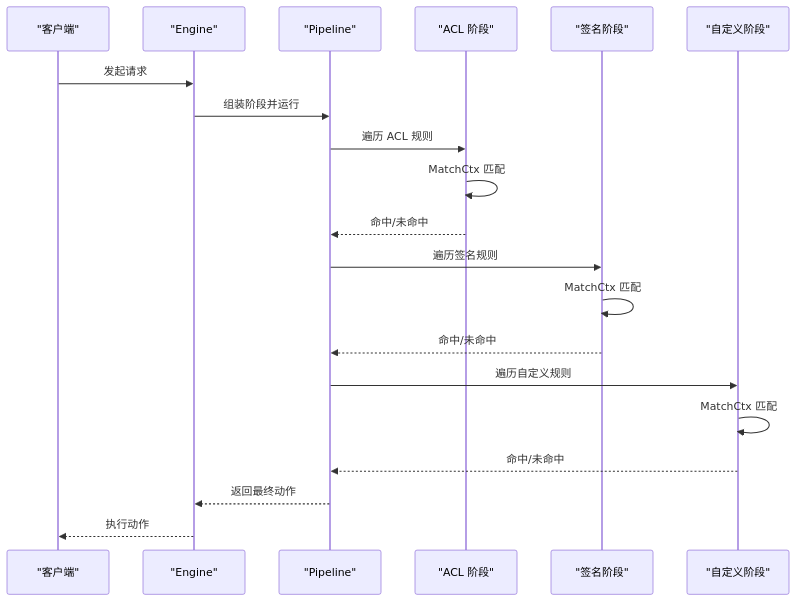
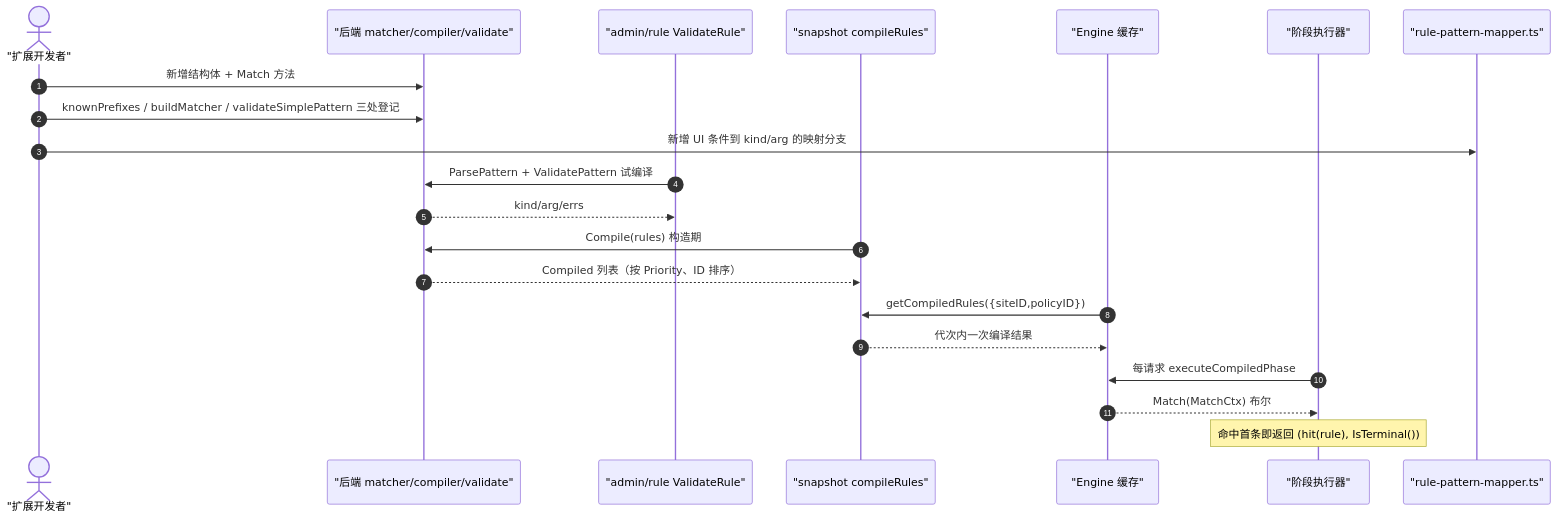
Before and after one commit to x01n/My-OpenWaf: the second of 4 diagrams in docs/WAF 引擎系统/规则匹配器/匹配器扩展开发.md, drawn with Mermaid. The commit also changed other lines of this file and 622 other files, not shown here.

````diff
--- a/docs/WAF 引擎系统/规则匹配器/匹配器扩展开发.md
+++ b/docs/WAF 引擎系统/规则匹配器/匹配器扩展开发.md
@@ -100,22 +141,23 @@
 ```mermaid
 sequenceDiagram
-participant Client as "客户端"
-participant Engine as "Engine"
-participant Pipeline as "Pipeline"
-participant ACL as "ACL 阶段"
-participant Sig as "签名阶段"
-participant Cus as "自定义阶段"
-Client->>Engine : 发起请求
-Engine->>Pipeline : 组装阶段并运行
-Pipeline->>ACL : 遍历 ACL 规则
-ACL->>ACL : MatchCtx 匹配
-ACL-->>Pipeline : 命中/未命中
-Pipeline->>Sig : 遍历签名规则
-Sig->>Sig : MatchCtx 匹配
-Sig-->>Pipeline : 命中/未命中
-Pipeline->>Cus : 遍历自定义规则
-Cus->>Cus : MatchCtx 匹配
-Cus-->>Pipeline : 命中/未命中
-Pipeline-->>Engine : 返回最终动作
-Engine-->>Client : 执行动作
+  autonumber
+  actor DEV as "扩展开发者"
+  participant BE as "后端 matcher/compiler/validate"
+  participant AD as "admin/rule ValidateRule"
+  participant SN as "snapshot compileRules"
+  participant EN as "Engine 缓存"
+  participant PH as "阶段执行器"
+  participant FE as "rule-pattern-mapper.ts"
+  DEV->>BE: 新增结构体 + Match 方法
+  DEV->>BE: knownPrefixes / buildMatcher / validateSimplePattern 三处登记
+  DEV->>FE: 新增 UI 条件到 kind/arg 的映射分支
+  AD->>BE: ParsePattern + ValidatePattern 试编译
+  BE-->>AD: kind/arg/errs
+  SN->>BE: Compile(rules) 构造期
+  BE-->>SN: Compiled 列表（按 Priority、ID 排序）
+  EN->>SN: getCompiledRules({siteID,policyID})
+  SN-->>EN: 代次内一次编译结果
+  PH->>EN: 每请求 executeCompiledPhase
+  EN-->>PH: Match(MatchCtx) 布尔
+  Note over PH: 命中首条即返回 (hit(rule), IsTerminal())
 ```
````
